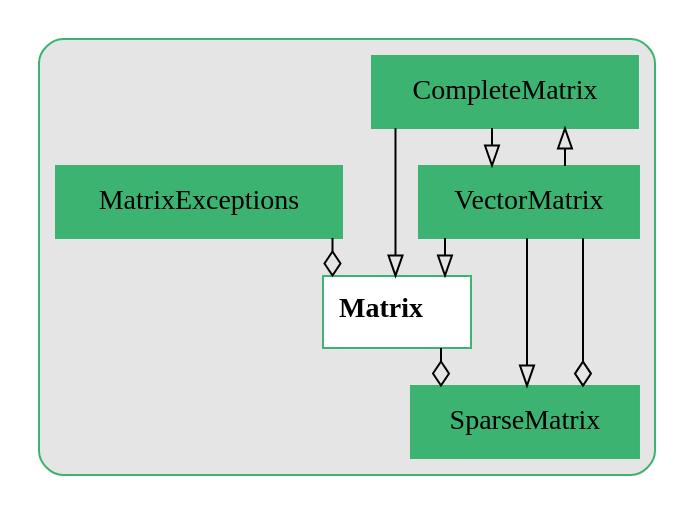
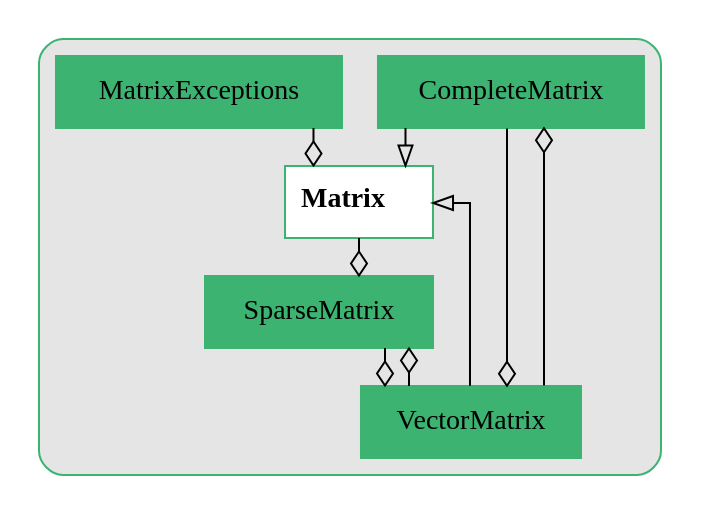
One commit to UWB-Biocomputing/BrainGrid changed the diagram in Tools/DiagramGenerator/ExampleOutputs/dot_subsystems/Matrix.dot. Above: the diagram before and after it, drawn with Graphviz. The commit also changed 13 other files, not shown here.

```diff
--- a/Tools/DiagramGenerator/ExampleOutputs/dot_subsystems/Matrix.dot
+++ b/Tools/DiagramGenerator/ExampleOutputs/dot_subsystems/Matrix.dot
@@ -1,45 +1,47 @@
 digraph{
 	 graph [splines=ortho]
 
 	subgraph clusterMatrix {
 		style = rounded
 		bgcolor = grey90
 		color = mediumseagreen
 		node [shape = record, color = mediumseagreen];
 
 		CompleteMatrix[label = CompleteMatrix, style = filled];
 		Matrix[label = Matrix, style = filled];
 		MatrixExceptions[label = MatrixExceptions, style = filled];
 		SparseMatrix[label = SparseMatrix, style = filled];
 		VectorMatrix[label = VectorMatrix, style = filled];
 		Matrix[label =< <B> Matrix</B>>, style = bold, fillcolor = white, style = filled];
 
 
 		//------LAYOUT FOR SUBGRAPH------
 
 
 		rankdir = BT; // Rank Direction Bottom to Top
 		nodesep = 1.5; // Node Separation
 		ranksep = 1.5; // Rank Separation
 
 
 		//INHERITANCE//
 
 
 		CompleteMatrix -> Matrix [arrowhead=empty];
-		CompleteMatrix -> VectorMatrix [arrowhead=empty];
 
-		VectorMatrix -> CompleteMatrix [arrowhead=empty];
 		VectorMatrix -> Matrix [arrowhead=empty];
-		VectorMatrix -> SparseMatrix [arrowhead=empty];
 
 
 		//COMPOSITION//
 
 
+		VectorMatrix -> CompleteMatrix [arrowhead=ediamond];
+
 		MatrixExceptions -> Matrix [arrowhead=ediamond];
 
 		Matrix -> SparseMatrix [arrowhead=ediamond];
 		VectorMatrix -> SparseMatrix [arrowhead=ediamond];
+
+		CompleteMatrix -> VectorMatrix [arrowhead=ediamond];
+		SparseMatrix -> VectorMatrix [arrowhead=ediamond];
 	}//end subgraph Matrix
 }//end digraph
```
